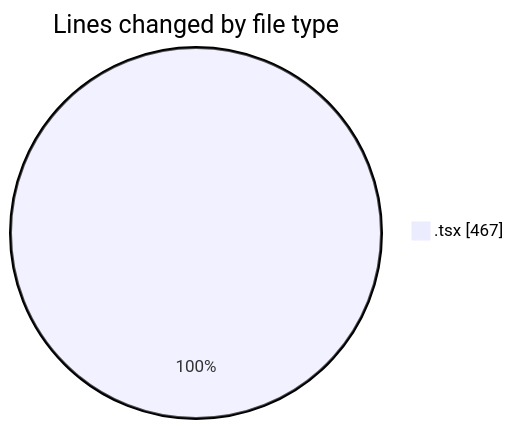
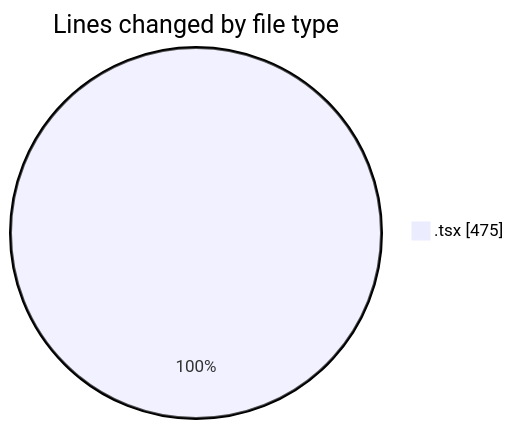
One commit to nxtqubesakshisongat/code-tracking changed the first of 2 diagrams in 2026-05-25/nxtqube_webapp/README.md. Above: the diagram before and after it, drawn with Mermaid. The commit also changed other lines of this file and 1 other file, not shown here.

````diff
--- a/2026-05-25/nxtqube_webapp/README.md
+++ b/2026-05-25/nxtqube_webapp/README.md
@@ -20,5 +20,5 @@
 ```mermaid
 pie showData
 title Lines changed by file type
-".tsx" : 467
+".tsx" : 475
 ```
````
